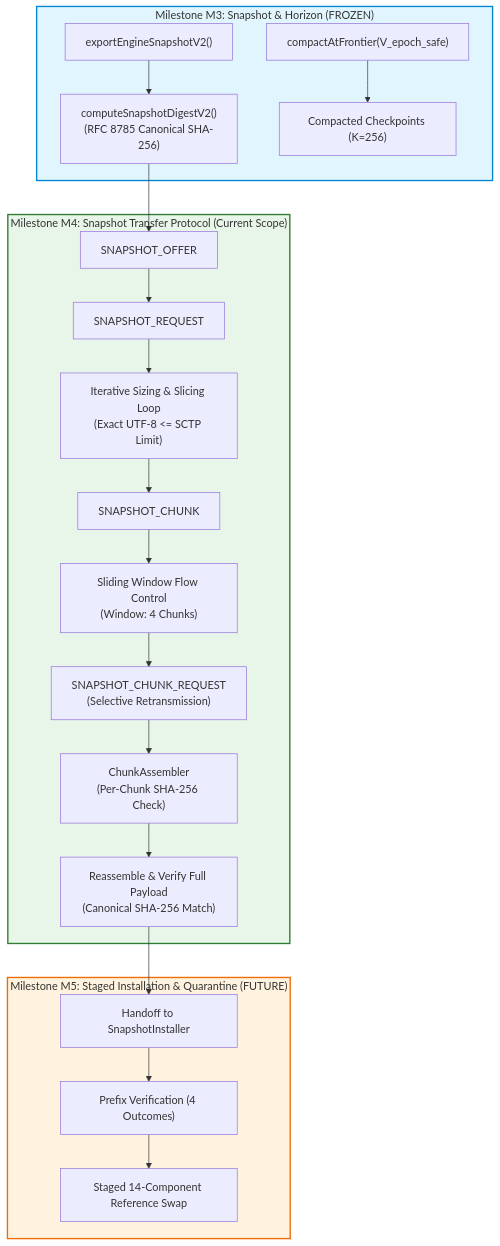
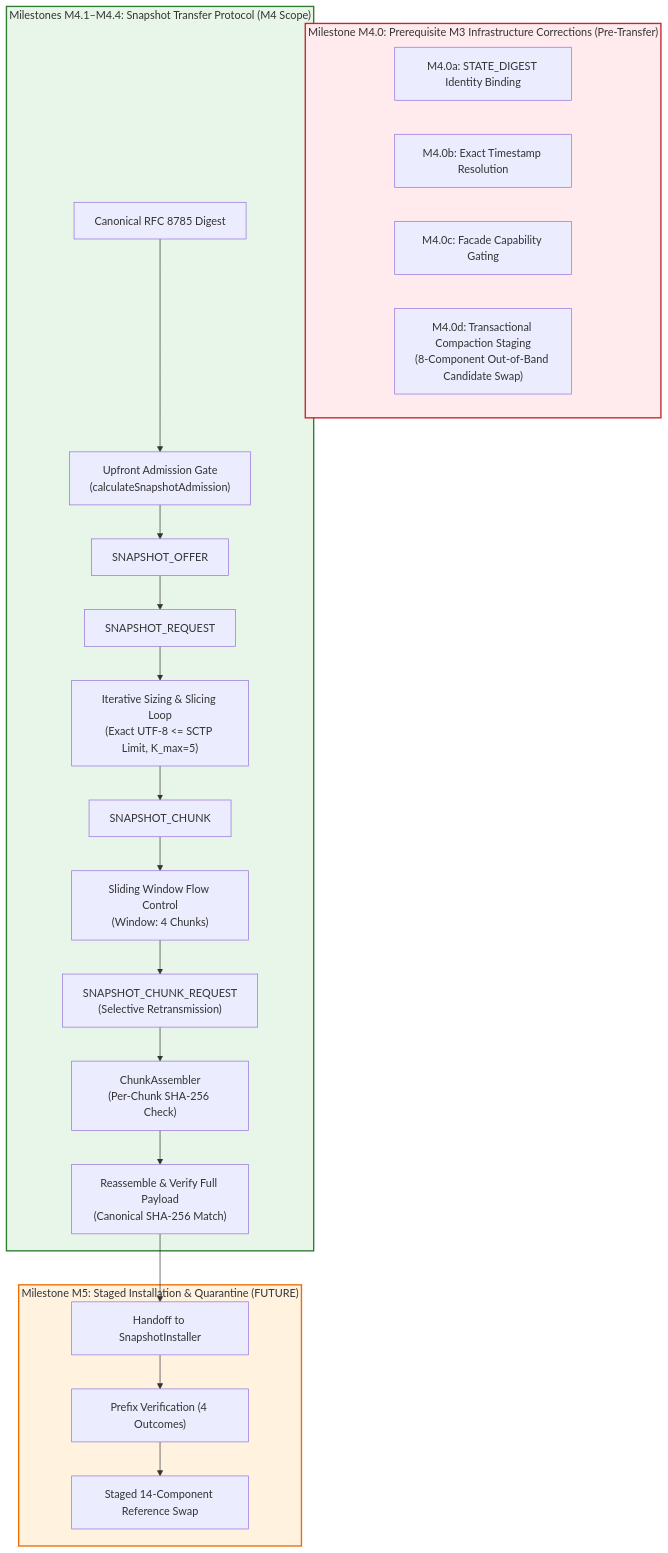
Before and after one commit to Tejdeepakchandra/SyncPlay_Protocol: the first of 2 diagrams in docs/PHASE7_5_M4_ARCHITECTURE.md, drawn with Mermaid. The commit also changed other lines of this file and 4 other files, not shown here.

Commit message:
docs(phase-7.5-m4): consistency closure for exact admission calculation, sctp negotiation, send failure handling, and compaction atomicity

````diff
--- a/docs/PHASE7_5_M4_ARCHITECTURE.md
+++ b/docs/PHASE7_5_M4_ARCHITECTURE.md
@@ -26,28 +34,31 @@
 ```mermaid
 flowchart TD
-    subgraph M3 ["Milestone M3: Snapshot & Horizon (FROZEN)"]
-        S_Gen["exportEngineSnapshotV2()"] --> S_Dig["computeSnapshotDigestV2()<br/>(RFC 8785 Canonical SHA-256)"]
-        Log_Comp["compactAtFrontier(V_epoch_safe)"] --> Checkpoints["Compacted Checkpoints (K=256)"]
+    subgraph M4_0 ["Milestone M4.0: Prerequisite M3 Infrastructure Corrections (Pre-Transfer)"]
+        M4_0a["M4.0a: STATE_DIGEST Identity Binding"]
+        M4_0b["M4.0b: Exact Timestamp Resolution"]
+        M4_0c["M4.0c: Facade Capability Gating"]
+        M4_0d["M4.0d: Transactional Compaction Staging<br/>(8-Component Out-of-Band Candidate Swap)"]
     end
 
-    subgraph M4 ["Milestone M4: Snapshot Transfer Protocol (Current Scope)"]
-        S_Dig --> Offer["SNAPSHOT_OFFER"]
+    subgraph M4_Transfer ["Milestones M4.1–M4.4: Snapshot Transfer Protocol (M4 Scope)"]
+        S_Dig["Canonical RFC 8785 Digest"] --> Admit["Upfront Admission Gate<br/>(calculateSnapshotAdmission)"]
+        Admit --> Offer["SNAPSHOT_OFFER"]
         Offer --> Req["SNAPSHOT_REQUEST"]
-        Req --> Slice["Iterative Sizing & Slicing Loop<br/>(Exact UTF-8 <= SCTP Limit)"]
+        Req --> Slice["Iterative Sizing & Slicing Loop<br/>(Exact UTF-8 <= SCTP Limit, K_max=5)"]
         Slice --> Send["SNAPSHOT_CHUNK"]
         Send --> Flow["Sliding Window Flow Control<br/>(Window: 4 Chunks)"]
         Flow --> Retrans["SNAPSHOT_CHUNK_REQUEST<br/>(Selective Retransmission)"]
         Retrans --> Assem["ChunkAssembler<br/>(Per-Chunk SHA-256 Check)"]
         Assem --> Reconstruct["Reassemble & Verify Full Payload<br/>(Canonical SHA-256 Match)"]
     end
 
     subgraph M5 ["Milestone M5: Staged Installation & Quarantine (FUTURE)"]
         Reconstruct --> Handoff["Handoff to SnapshotInstaller"]
         Handoff --> Prefix["Prefix Verification (4 Outcomes)"]
         Prefix --> Staged["Staged 14-Component Reference Swap"]
     end
 
-    style M3 fill:#e1f5fe,stroke:#0288d1,stroke-width:2px
-    style M4 fill:#e8f5e9,stroke:#2e7d32,stroke-width:2px
+    style M4_0 fill:#ffebee,stroke:#c62828,stroke-width:2px
+    style M4_Transfer fill:#e8f5e9,stroke:#2e7d32,stroke-width:2px
     style M5 fill:#fff3e0,stroke:#ef6c00,stroke-width:2px
 ```
````
